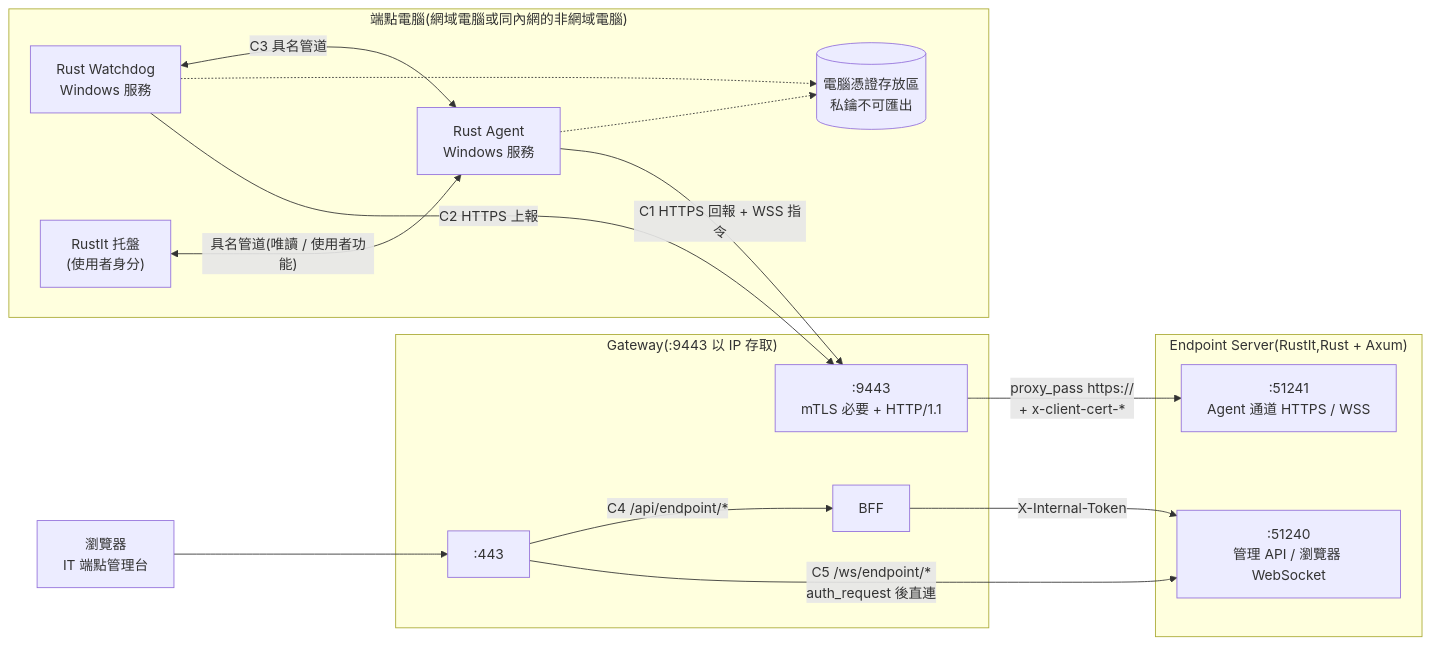
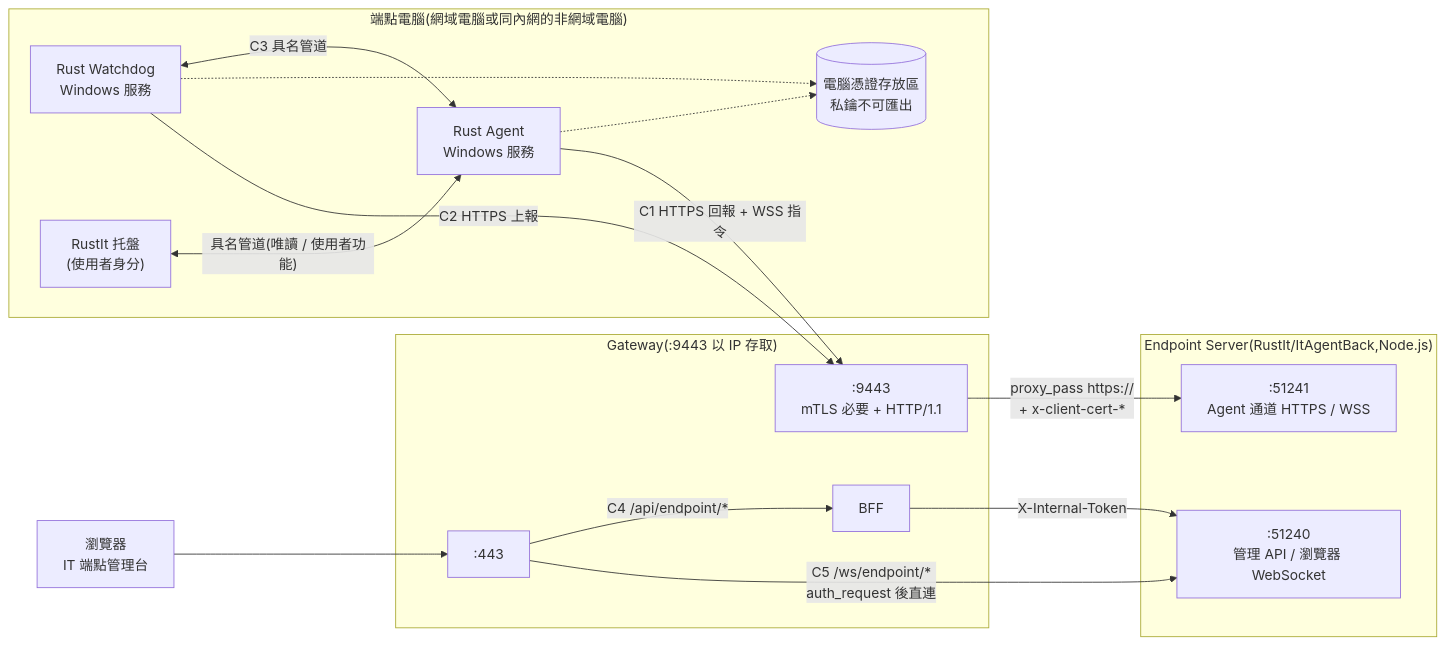
Before and after one commit to WeiWeicode/giga-api-gateway-bff: the first of 3 diagrams in docs/ENDPOINT-AGENT-GUIDE.md, drawn with Mermaid. The commit also changed other lines of this file and 5 other files, not shown here.

First line of the commit message:
docs: ENDPOINT-AGENT-GUIDE v0.4 Endpoint Server 改 Node.js(RustIt ItAgentBack);AGENT §10、架構與專案地圖同步

````diff
--- a/docs/ENDPOINT-AGENT-GUIDE.md
+++ b/docs/ENDPOINT-AGENT-GUIDE.md
@@ -33,33 +34,33 @@
 ```mermaid
 flowchart LR
     subgraph PC ["端點電腦(網域電腦或同內網的非網域電腦)"]
         AG["Rust Agent<br/>Windows 服務"]
         WD["Rust Watchdog<br/>Windows 服務"]
         TR["RustIt 托盤<br/>(使用者身分)"]
         CS[("電腦憑證存放區<br/>私鑰不可匯出")]
         WD <-->|"C3 具名管道"| AG
         TR <-->|"具名管道(唯讀 / 使用者功能)"| AG
         AG -.-> CS
         WD -.-> CS
     end
 
     subgraph GW ["Gateway(:9443 以 IP 存取)"]
         N9[":9443<br/>mTLS 必要 + HTTP/1.1"]
         N4[":443"]
         BFF["BFF"]
     end
 
-    subgraph EPS ["Endpoint Server(RustIt,Rust + Axum)"]
+    subgraph EPS ["Endpoint Server(RustIt/ItAgentBack,Node.js)"]
         G[":51241<br/>Agent 通道 HTTPS / WSS"]
         H[":51240<br/>管理 API / 瀏覽器 WebSocket"]
     end
 
     B["瀏覽器<br/>IT 端點管理台"]
 
     AG -->|"C1 HTTPS 回報 + WSS 指令"| N9
     WD -->|"C2 HTTPS 上報"| N9
     N9 -->|"proxy_pass https://<br/>+ x-client-cert-*"| G
     B --> N4
     N4 -->|"C4 /api/endpoint/*"| BFF -->|"X-Internal-Token"| H
     N4 -->|"C5 /ws/endpoint/*<br/>auth_request 後直連"| H
 ```
````
